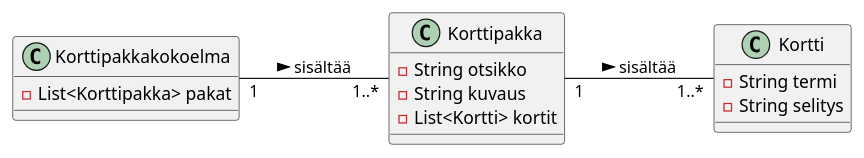
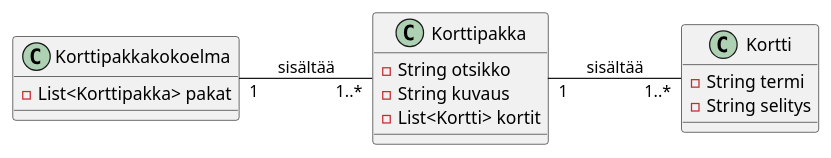
Before and after one commit to ohj-perus-jy/ohj2: the fourth of 4 diagrams in src/osa9/01-harjoitustyo.md, drawn with PlantUML. The commit also changed other lines of this file and 5 other files, not shown here.

````diff
--- a/src/osa9/01-harjoitustyo.md
+++ b/src/osa9/01-harjoitustyo.md
@@ -346,22 +384,22 @@
 ```plantuml
 @startuml
 left to right direction
 
 class Korttipakkakokoelma {
   - List<Korttipakka> pakat
 }
 
 class Kortti {
   - String termi
   - String selitys
 }
 
 class Korttipakka {
   - String otsikko
   - String kuvaus
   - List<Kortti> kortit
 }
 
-Korttipakka "1" -- "1..*" Kortti : sisältää >
-Korttipakkakokoelma "1" -- "1..*" Korttipakka : sisältää >
+Korttipakka "1" -- "1..*" Kortti : sisältää
+Korttipakkakokoelma "1" -- "1..*" Korttipakka : sisältää
 ```
````
